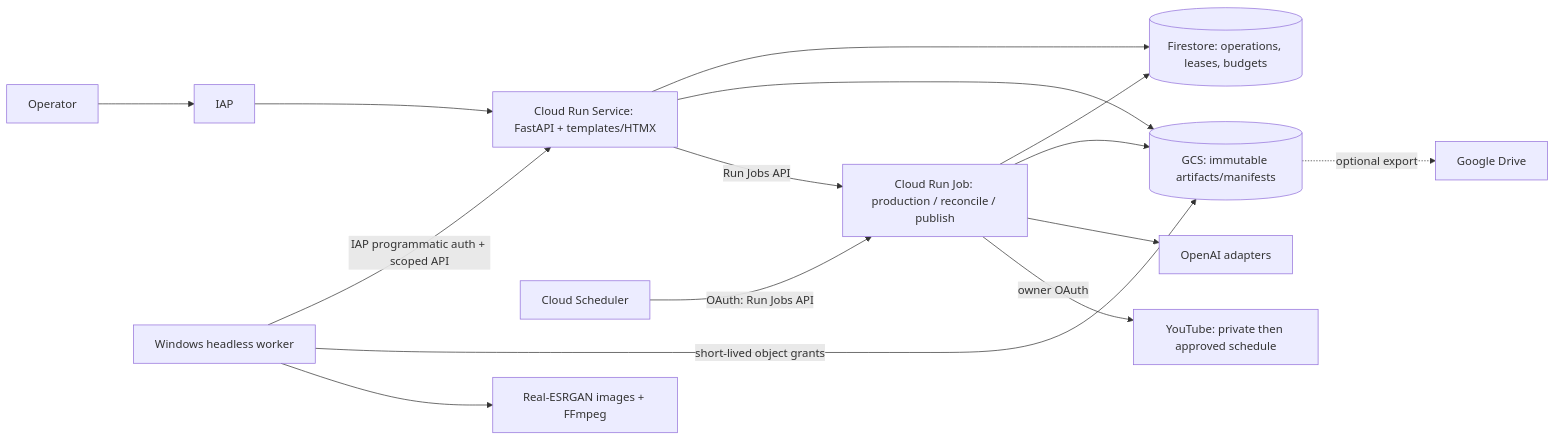
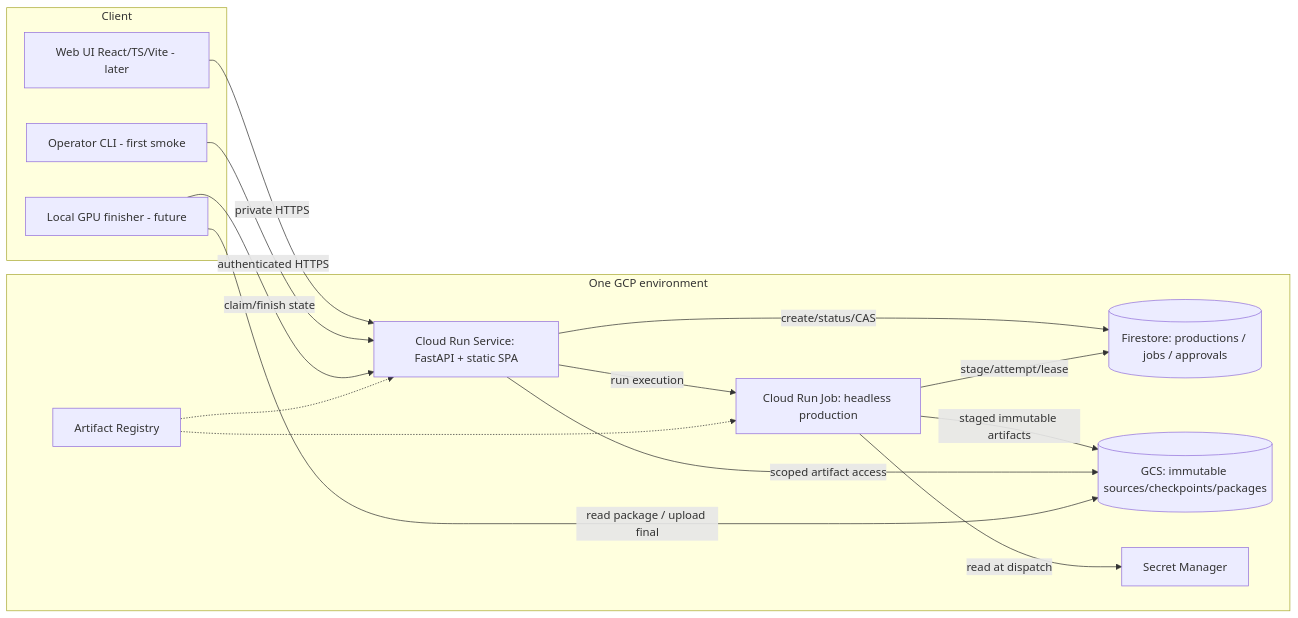
One commit to piotrbarabasz/ai-content-generation changed the first of 3 diagrams in docs/cloud-migration/TARGET_ARCHITECTURE.md. Above: the diagram before and after it, drawn with Mermaid. The commit also changed other lines of this file and 8 other files, not shown here.

Commit message:
docs: add ARCH-001 cloud migration architecture plan

````diff
--- a/docs/cloud-migration/TARGET_ARCHITECTURE.md
+++ b/docs/cloud-migration/TARGET_ARCHITECTURE.md
@@ -9,17 +7,28 @@
 ```mermaid
 flowchart LR
-  H[Operator] --> I[IAP]
-  I --> W[Cloud Run Service: FastAPI + templates/HTMX]
-  W --> F[(Firestore: operations, leases, budgets)]
-  W --> G[(GCS: immutable artifacts/manifests)]
-  S[Cloud Scheduler] -->|OAuth: Run Jobs API| J[Cloud Run Job: production / reconcile / publish]
-  W -->|Run Jobs API| J
-  J --> F
-  J --> G
-  J --> O[OpenAI adapters]
-  L[Windows headless worker] -->|IAP programmatic auth + scoped API| W
-  L -->|short-lived object grants| G
-  L --> GPU[Real-ESRGAN images + FFmpeg]
-  J -->|owner OAuth| Y[YouTube: private then approved schedule]
-  G -. optional export .-> D[Google Drive]
+  subgraph Client
+    Browser[Web UI React/TS/Vite - later]
+    CLI[Operator CLI - first smoke]
+    Windows[Local GPU finisher - future]
+  end
+  subgraph GCP[One GCP environment]
+    Service[Cloud Run Service: FastAPI + static SPA]
+    Meta[(Firestore: productions / jobs / approvals)]
+    Runner[Cloud Run Job: headless production]
+    GCS[(GCS: immutable sources/checkpoints/packages)]
+    Secrets[Secret Manager]
+    Registry[Artifact Registry]
+  end
+  Browser -->|private HTTPS| Service
+  CLI -->|authenticated HTTPS| Service
+  Service -->|create/status/CAS| Meta
+  Service -->|run execution| Runner
+  Runner -->|stage/attempt/lease| Meta
+  Runner -->|staged immutable artifacts| GCS
+  Runner -->|read at dispatch| Secrets
+  Service -->|scoped artifact access| GCS
+  Windows -->|read package / upload final| GCS
+  Windows -->|claim/finish state| Service
+  Registry -.-> Service
+  Registry -.-> Runner
 ```
````
